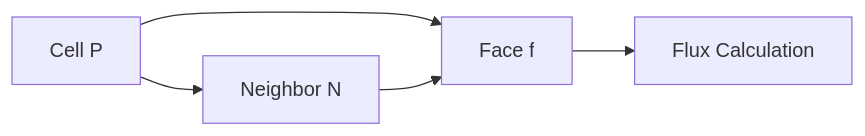
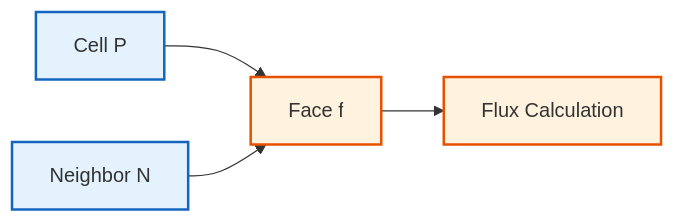
One commit to wramet/build-my-cfd changed the first of 2 diagrams in MODULE_03_SINGLE_PHASE_FLOW/CONTENT/02_PRESSURE_VELOCITY_COUPLING/01_Mathematical_Foundation.md. Above: the diagram before and after it, drawn with Mermaid. The commit also changed other lines of this file and 313 other files, not shown here.

Commit message:
Revise all diagram

````diff
--- a/MODULE_03_SINGLE_PHASE_FLOW/CONTENT/02_PRESSURE_VELOCITY_COUPLING/01_Mathematical_Foundation.md
+++ b/MODULE_03_SINGLE_PHASE_FLOW/CONTENT/02_PRESSURE_VELOCITY_COUPLING/01_Mathematical_Foundation.md
@@ -49,7 +49,10 @@
 ```mermaid
 flowchart LR
-    A[Cell P] --> B[Neighbor N]
-    A --> C[Face f]
-    B --> C
-    C --> D[Flux Calculation]
+%% Classes
+classDef explicit fill:#fff3e0,stroke:#e65100,stroke-width:2px;
+classDef implicit fill:#e3f2fd,stroke:#1565c0,stroke-width:2px;
+%% Nodes
+A[Cell P]:::implicit --> C[Face f]:::explicit
+B[Neighbor N]:::implicit --> C
+C --> D[Flux Calculation]:::explicit
 ```
````
